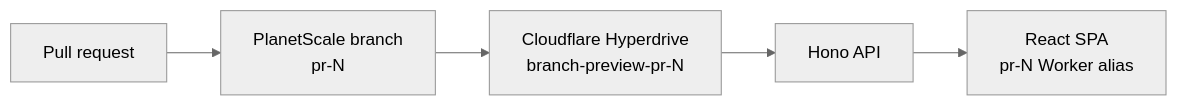
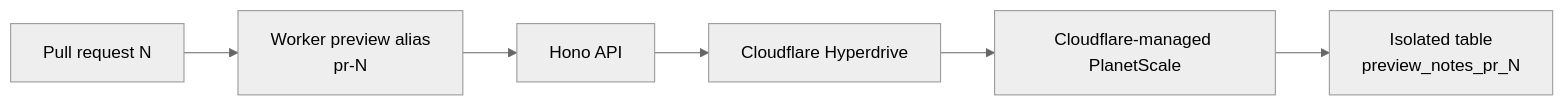
The diagram in README.md (nash1111/branch-preview-example-including-backend), drawn with Mermaid (neutral theme) before and after one commit. The commit also changed other lines of this file and 8 other files, not shown here.

Commit message:
Use Cloudflare-managed PlanetScale previews

````diff
--- a/README.md
+++ b/README.md
@@ -5,7 +5,8 @@
 ```mermaid
 flowchart LR
-	PR[Pull request] --> PS[PlanetScale branch<br/>pr-N]
-	PS --> HD[Cloudflare Hyperdrive<br/>branch-preview-pr-N]
-	HD --> API[Hono API]
-	API --> UI[React SPA<br/>pr-N Worker alias]
+	PR[Pull request N] --> Worker[Worker preview alias<br/>pr-N]
+	Worker --> API[Hono API]
+	API --> HD[Cloudflare Hyperdrive]
+	HD --> PS[Cloudflare-managed PlanetScale]
+	PS --> Table[Isolated table<br/>preview_notes_pr_N]
 ```
````
